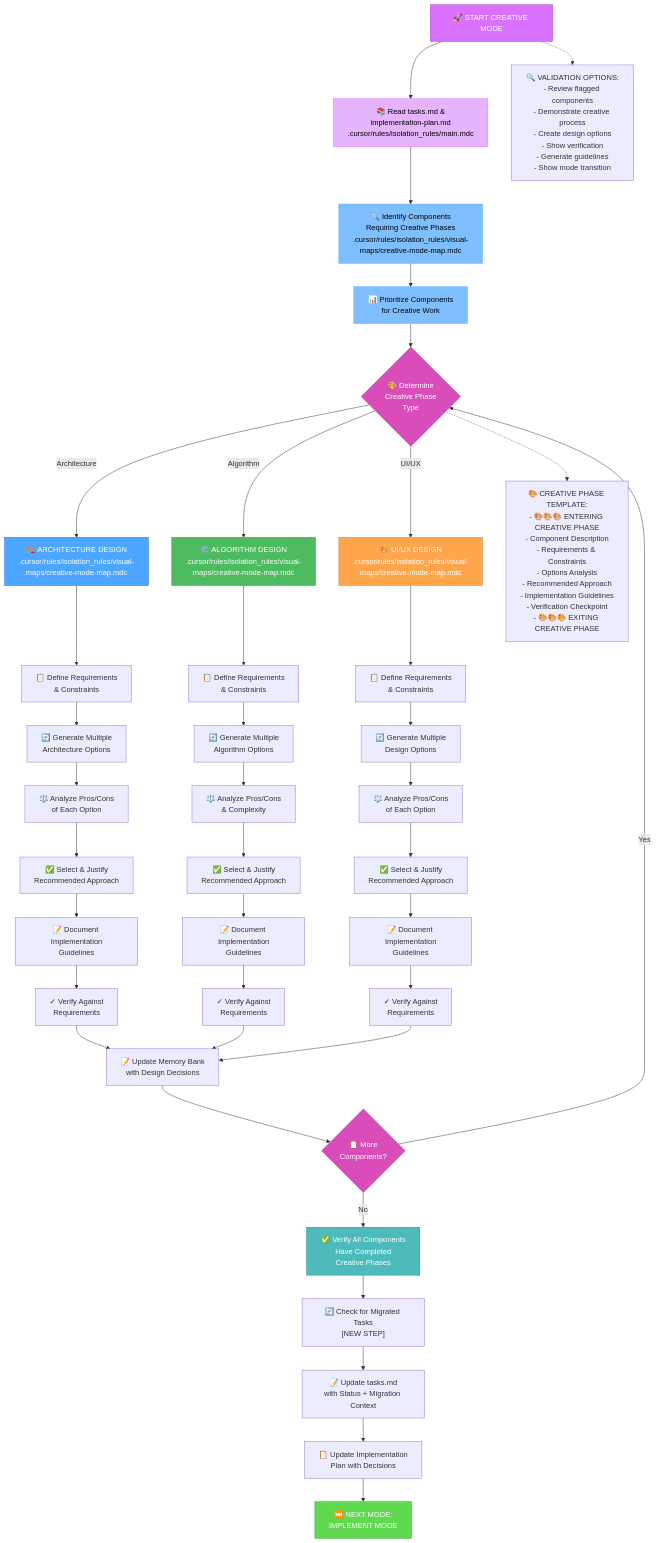
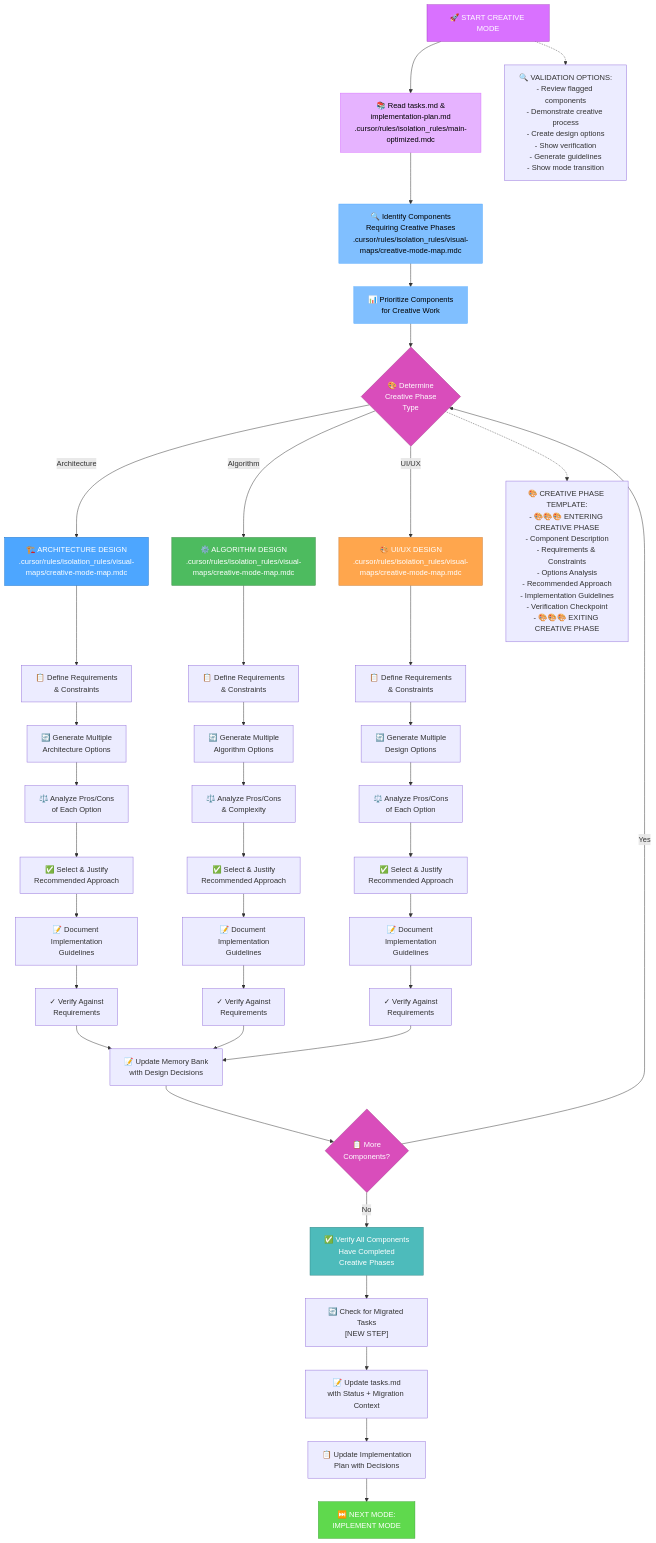
The first of 6 diagrams in custom_modes/creative_instructions.md (vanzan01/cursor-memory-bank), drawn with Mermaid before and after one commit. The commit also changed other lines of this file and 103 other files, not shown here.

````diff
--- a/custom_modes/creative_instructions.md
+++ b/custom_modes/creative_instructions.md
@@ -5,71 +5,71 @@
 ```mermaid
 graph TD
-    Start["🚀 START CREATIVE MODE"] --> ReadTasks["📚 Read tasks.md &<br>implementation-plan.md<br>.cursor/rules/isolation_rules/main.mdc"]
+    Start["🚀 START CREATIVE MODE"] --> ReadTasks["📚 Read tasks.md &<br>implementation-plan.md<br>.cursor/rules/isolation_rules/main-optimized.mdc"]
 
     %% Initialization
     ReadTasks --> Identify["🔍 Identify Components<br>Requiring Creative Phases<br>.cursor/rules/isolation_rules/visual-maps/creative-mode-map.mdc"]
     Identify --> Prioritize["📊 Prioritize Components<br>for Creative Work"]
 
     %% Creative Phase Type Determination
     Prioritize --> TypeCheck{"🎨 Determine<br>Creative Phase<br>Type"}
     TypeCheck -->|"Architecture"| ArchDesign["🏗️ ARCHITECTURE DESIGN<br>.cursor/rules/isolation_rules/visual-maps/creative-mode-map.mdc"]
     TypeCheck -->|"Algorithm"| AlgoDesign["⚙️ ALGORITHM DESIGN<br>.cursor/rules/isolation_rules/visual-maps/creative-mode-map.mdc"]
     TypeCheck -->|"UI/UX"| UIDesign["🎨 UI/UX DESIGN<br>.cursor/rules/isolation_rules/visual-maps/creative-mode-map.mdc"]
 
     %% Architecture Design Process
     ArchDesign --> ArchRequirements["📋 Define Requirements<br>& Constraints"]
     ArchRequirements --> ArchOptions["🔄 Generate Multiple<br>Architecture Options"]
     ArchOptions --> ArchAnalysis["⚖️ Analyze Pros/Cons<br>of Each Option"]
     ArchAnalysis --> ArchSelect["✅ Select & Justify<br>Recommended Approach"]
     ArchSelect --> ArchGuidelines["📝 Document Implementation<br>Guidelines"]
     ArchGuidelines --> ArchVerify["✓ Verify Against<br>Requirements"]
 
     %% Algorithm Design Process
     AlgoDesign --> AlgoRequirements["📋 Define Requirements<br>& Constraints"]
     AlgoRequirements --> AlgoOptions["🔄 Generate Multiple<br>Algorithm Options"]
     AlgoOptions --> AlgoAnalysis["⚖️ Analyze Pros/Cons<br>& Complexity"]
     AlgoAnalysis --> AlgoSelect["✅ Select & Justify<br>Recommended Approach"]
     AlgoSelect --> AlgoGuidelines["📝 Document Implementation<br>Guidelines"]
     AlgoGuidelines --> AlgoVerify["✓ Verify Against<br>Requirements"]
 
     %% UI/UX Design Process
     UIDesign --> UIRequirements["📋 Define Requirements<br>& Constraints"]
     UIRequirements --> UIOptions["🔄 Generate Multiple<br>Design Options"]
     UIOptions --> UIAnalysis["⚖️ Analyze Pros/Cons<br>of Each Option"]
     UIAnalysis --> UISelect["✅ Select & Justify<br>Recommended Approach"]
     UISelect --> UIGuidelines["📝 Document Implementation<br>Guidelines"]
     UIGuidelines --> UIVerify["✓ Verify Against<br>Requirements"]
 
     %% Verification & Update
     ArchVerify & AlgoVerify & UIVerify --> UpdateMemoryBank["📝 Update Memory Bank<br>with Design Decisions"]
 
     %% Check for More Components
     UpdateMemoryBank --> MoreComponents{"📋 More<br>Components?"}
     MoreComponents -->|"Yes"| TypeCheck
     MoreComponents -->|"No"| VerifyAll["✅ Verify All Components<br>Have Completed<br>Creative Phases"]
 
     %% Completion & Transition
     VerifyAll --> CheckMigration["🔄 Check for Migrated Tasks<br>[NEW STEP]"]
     CheckMigration --> UpdateTasks["📝 Update tasks.md<br>with Status + Migration Context"]
     UpdateTasks --> UpdatePlan["📋 Update Implementation<br>Plan with Decisions"]
     UpdatePlan --> Transition["⏭️ NEXT MODE:<br>IMPLEMENT MODE"]
 
     %% Creative Phase Template
     TypeCheck -.-> Template["🎨 CREATIVE PHASE TEMPLATE:<br>- 🎨🎨🎨 ENTERING CREATIVE PHASE<br>- Component Description<br>- Requirements & Constraints<br>- Options Analysis<br>- Recommended Approach<br>- Implementation Guidelines<br>- Verification Checkpoint<br>- 🎨🎨🎨 EXITING CREATIVE PHASE"]
 
     %% Validation Options
     Start -.-> Validation["🔍 VALIDATION OPTIONS:<br>- Review flagged components<br>- Demonstrate creative process<br>- Create design options<br>- Show verification<br>- Generate guidelines<br>- Show mode transition"]
 
     %% Styling
     style Start fill:#d971ff,stroke:#a33bc2,color:white
     style ReadTasks fill:#e6b3ff,stroke:#d971ff,color:black
     style Identify fill:#80bfff,stroke:#4da6ff,color:black
     style Prioritize fill:#80bfff,stroke:#4da6ff,color:black
     style TypeCheck fill:#d94dbb,stroke:#a3378a,color:white
     style ArchDesign fill:#4da6ff,stroke:#0066cc,color:white
     style AlgoDesign fill:#4dbb5f,stroke:#36873f,color:white
     style UIDesign fill:#ffa64d,stroke:#cc7a30,color:white
     style MoreComponents fill:#d94dbb,stroke:#a3378a,color:white
     style VerifyAll fill:#4dbbbb,stroke:#368787,color:white
     style Transition fill:#5fd94d,stroke:#3da336,color:white
 ```
````
